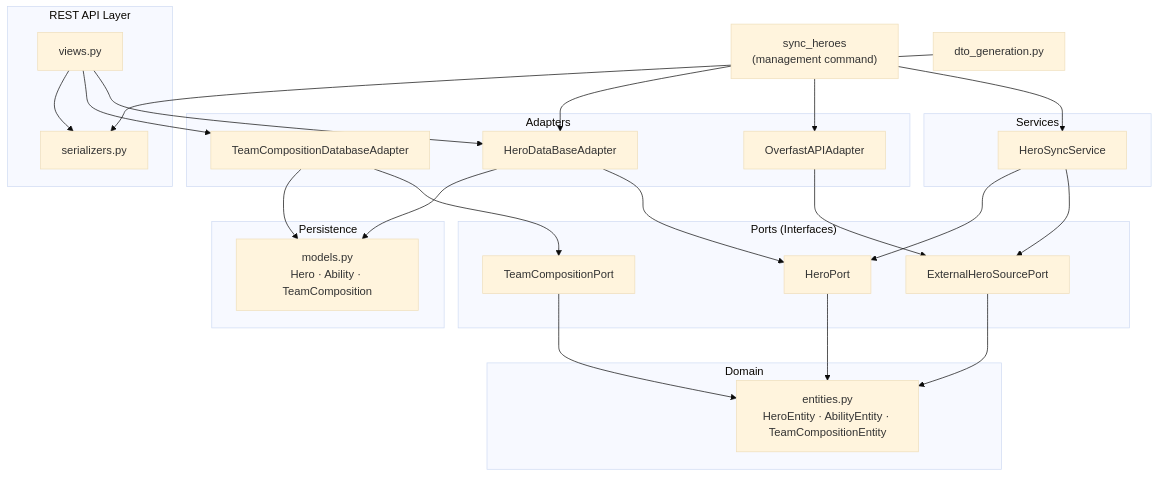
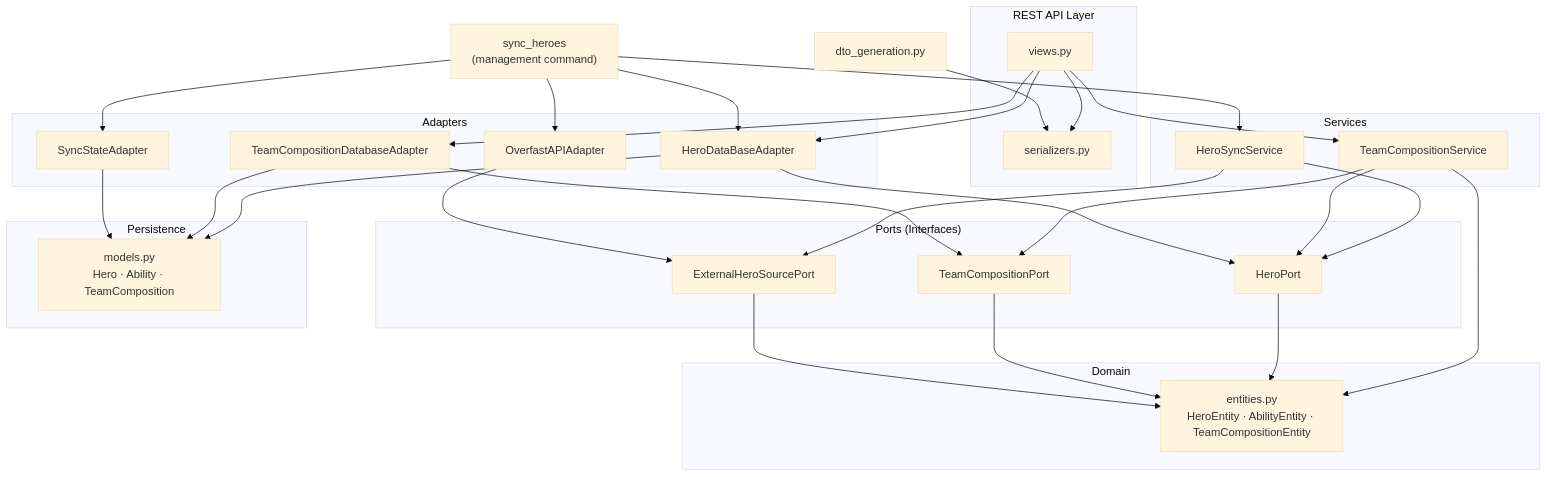
One commit to FabianReinelt-stud/OverwatchTeamUp changed the second of 6 diagrams in docs/architecture/arc42.md. Above: the diagram before and after it, drawn with Mermaid (base theme). The commit also changed other lines of this file and 6 other files, not shown here.

Commit message:
updated docs, added some diagrams for presentation

````diff
--- a/docs/architecture/arc42.md
+++ b/docs/architecture/arc42.md
@@ -138,46 +139,50 @@
 ```mermaid
 graph TD
     CMD["sync_heroes
 (management command)"]
     DTO["dto_generation.py"]
 
     subgraph APILayer["REST API Layer"]
         Views["views.py"]
         Ser["serializers.py"]
     end
 
     subgraph SvcLayer["Services"]
         SS["HeroSyncService"]
+        TCS["TeamCompositionService"]
     end
 
     subgraph PortLayer["Ports (Interfaces)"]
         HP["HeroPort"]
         TCP["TeamCompositionPort"]
         ESP["ExternalHeroSourcePort"]
     end
 
     subgraph AdapterLayer["Adapters"]
         HDBA["HeroDataBaseAdapter"]
         TCDA["TeamCompositionDatabaseAdapter"]
         OFA["OverfastAPIAdapter"]
+        SSA["SyncStateAdapter"]
     end
 
     subgraph DomainLayer["Domain"]
         Entities["entities.py
 HeroEntity · AbilityEntity · TeamCompositionEntity"]
     end
 
     subgraph PersistLayer["Persistence"]
         Models["models.py
 Hero · Ability · TeamComposition"]
     end
 
-    CMD --> SS & OFA & HDBA
+    CMD --> SS & OFA & HDBA & SSA
     SS --> ESP & HP
+    TCS --> HP & TCP & Entities
     OFA --> ESP
     HDBA --> HP & Models
     TCDA --> TCP & Models
-    Views --> HDBA & TCDA & Ser
+    Views --> HDBA & TCS & TCDA & Ser
+    SSA --> Models
     DTO --> Ser
     HP & TCP & ESP --> Entities
 ```
````
